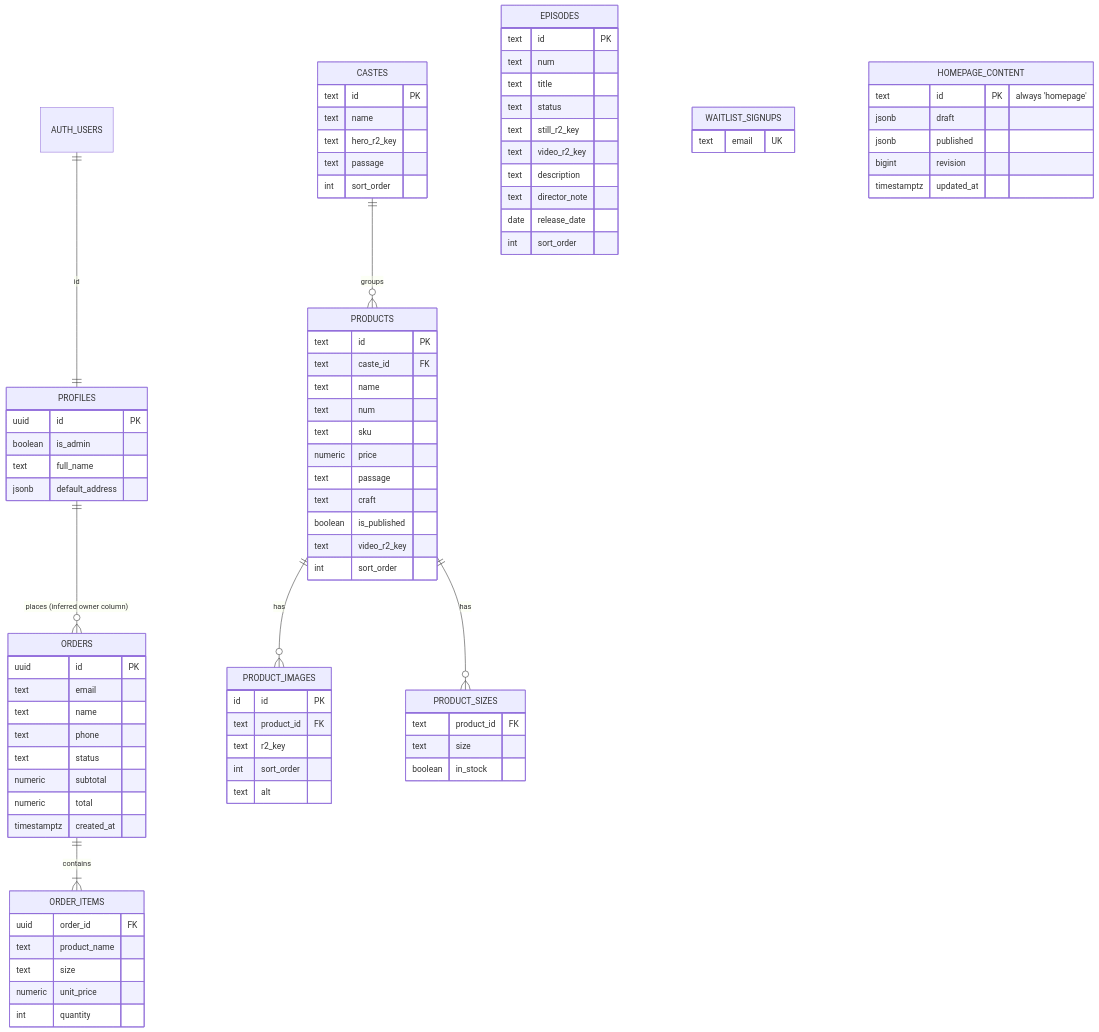
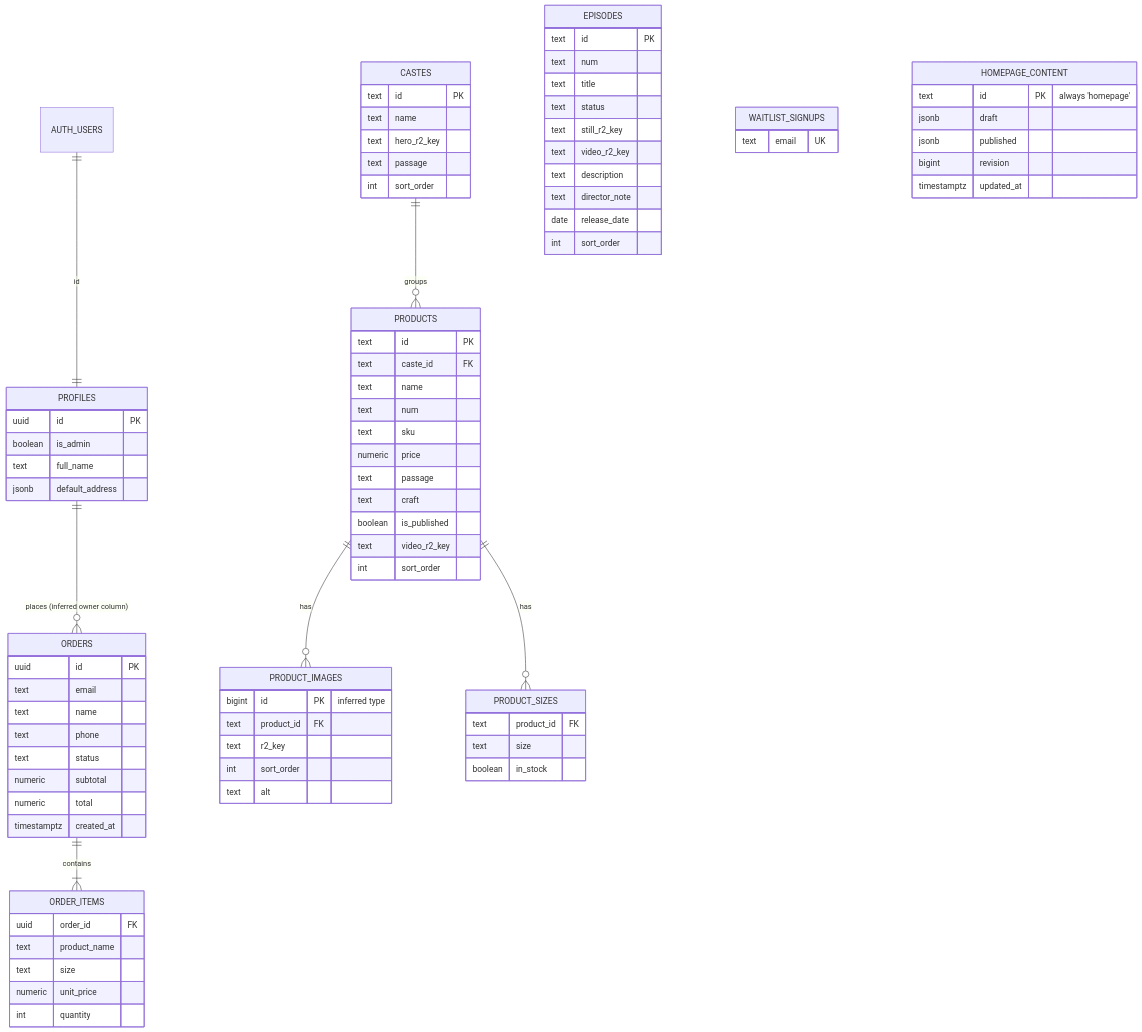
One commit to manishkumarveo-jpg/Gauddly changed the diagram in diagrams/data-model.md. Above: the diagram before and after it, drawn with Mermaid. The commit also changed 22 other files, not shown here.

```diff
--- a/diagrams/data-model.md
+++ b/diagrams/data-model.md
@@ -38,7 +38,7 @@
     int sort_order
   }
   PRODUCT_IMAGES {
-    id id PK
+    bigint id PK "inferred type"
     text product_id FK
     text r2_key
     int sort_order
```
